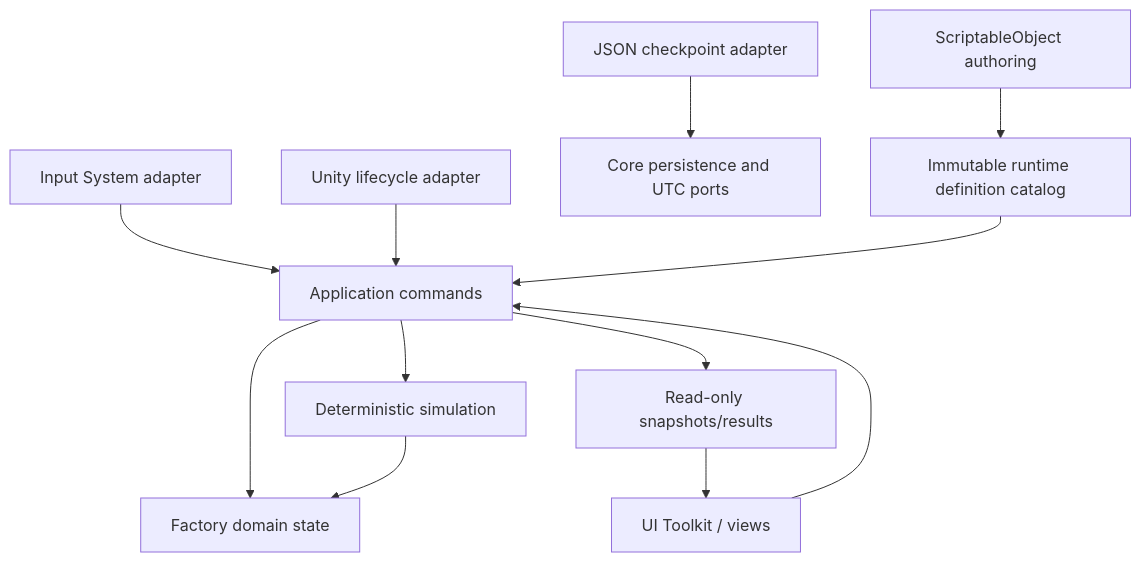
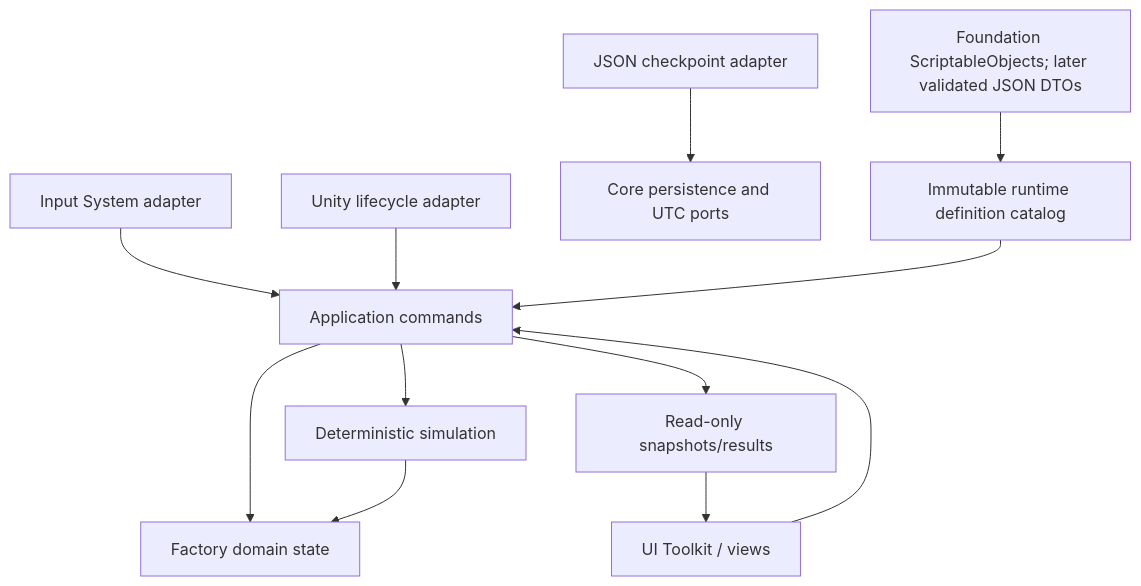
One commit to fjure/idle-factory-game changed the diagram in specs/001-core-game-foundation/plan.md. Above: the diagram before and after it, drawn with Mermaid. The commit also changed other lines of this file and 5 other files, not shown here.

Commit message:
tasks: stage post-foundation JSON content migration

````diff
--- a/specs/001-core-game-foundation/plan.md
+++ b/specs/001-core-game-foundation/plan.md
@@ -116,14 +116,14 @@
 ```mermaid
 flowchart TD
     Input[Input System adapter] --> App[Application commands]
     UI[UI Toolkit / views] --> App
     Lifecycle[Unity lifecycle adapter] --> App
     Persistence[JSON checkpoint adapter] --> Ports[Core persistence and UTC ports]
     App --> Simulation[Deterministic simulation]
     App --> Domain[Factory domain state]
     Simulation --> Domain
-    Content[ScriptableObject authoring] --> Catalog[Immutable runtime definition catalog]
+    Content[Foundation ScriptableObjects; later validated JSON DTOs] --> Catalog[Immutable runtime definition catalog]
     Catalog --> App
     App --> Snapshot[Read-only snapshots/results]
     Snapshot --> UI
 ```
````
